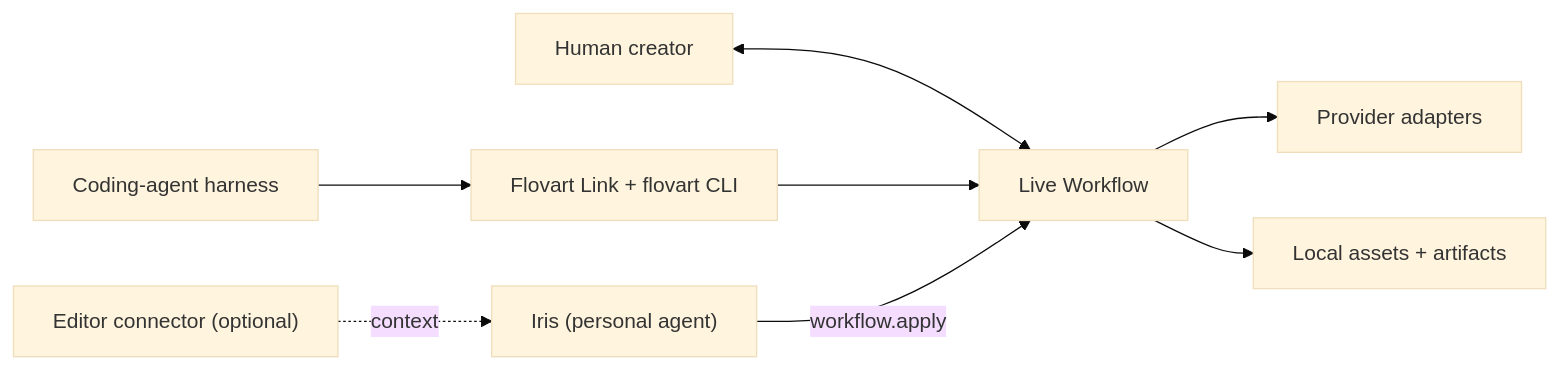
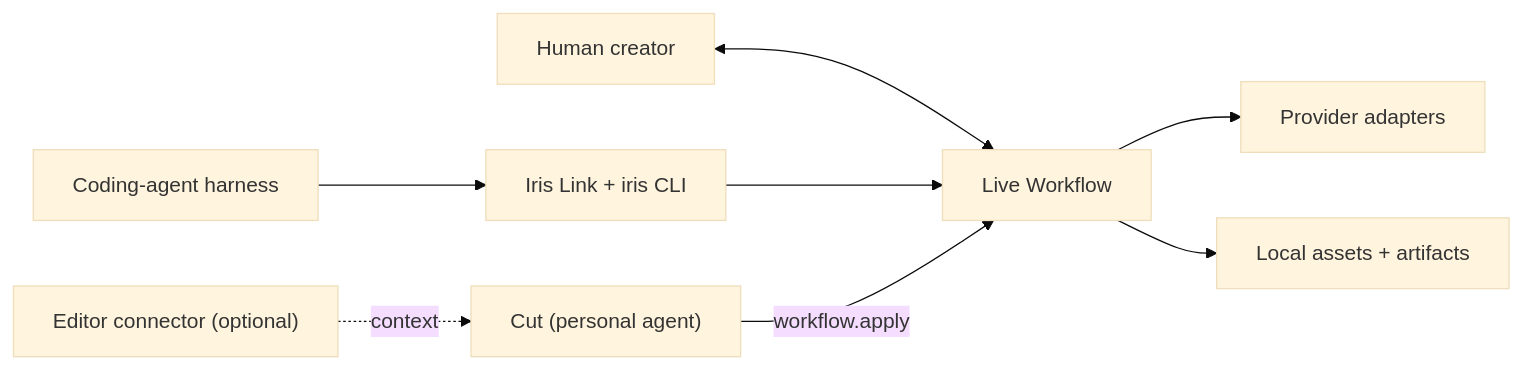
Before and after one commit to avabbbb/Flovart: the diagram in README.md, drawn with Mermaid (base theme). The commit also changed other lines of this file and 890 other files, not shown here.

First line of the commit message:
chore: rename Flovart to Iris

````diff
--- a/README.md
+++ b/README.md
@@ -208,10 +217,10 @@
 ```mermaid
 flowchart LR
   H["Human creator"] <--> W["Live Workflow"]
-  A["Coding-agent harness"] --> L["Flovart Link + flovart CLI"]
+  A["Coding-agent harness"] --> L["Iris Link + iris CLI"]
   L --> W
   W --> P["Provider adapters"]
   W --> R["Local assets + artifacts"]
-  IR["Iris (personal agent)"] -->|"workflow.apply"| W
+  IR["Cut (personal agent)"] -->|"workflow.apply"| W
   HC["Editor connector (optional)"] -.->|"context"| IR
 ```
````
